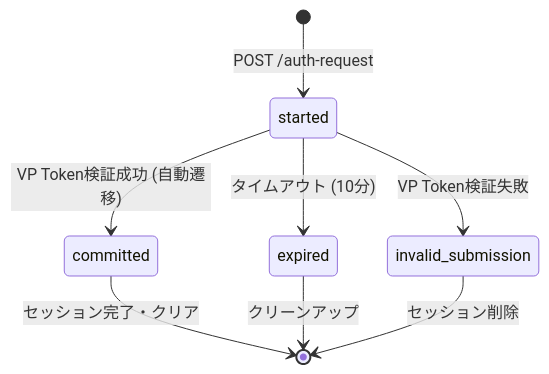
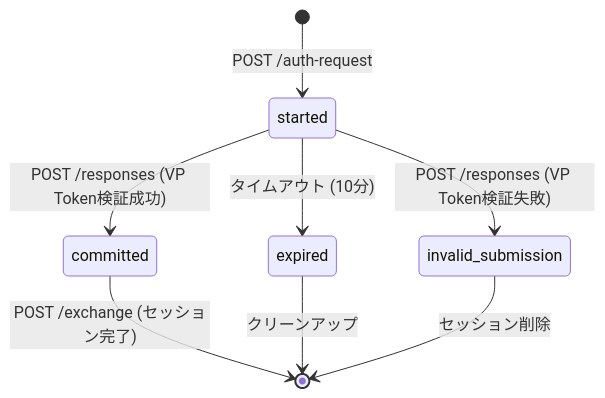
The second of 2 diagrams in docs/oid4vp-reference.md (OWND-Project/OWND-Project-VP), drawn with Mermaid before and after one commit. The commit also changed other lines of this file and 15 other files, not shown here.

````diff
--- a/docs/oid4vp-reference.md
+++ b/docs/oid4vp-reference.md
@@ -190,12 +196,12 @@
 ```mermaid
 stateDiagram-v2
     [*] --> started: POST /auth-request
-    started --> committed: VP Token検証成功 (自動遷移)
-    committed --> [*]: セッション完了・クリア
+    started --> committed: POST /responses (VP Token検証成功)
+    committed --> [*]: POST /exchange (セッション完了)
 
     started --> expired: タイムアウト (10分)
     expired --> [*]: クリーンアップ
 
-    started --> invalid_submission: VP Token検証失敗
+    started --> invalid_submission: POST /responses (VP Token検証失敗)
     invalid_submission --> [*]: セッション削除
 ```
````
